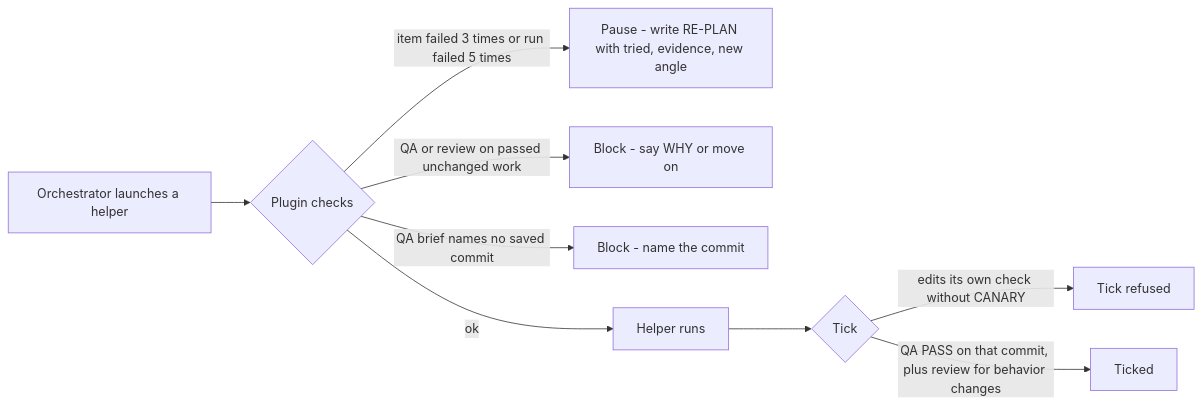
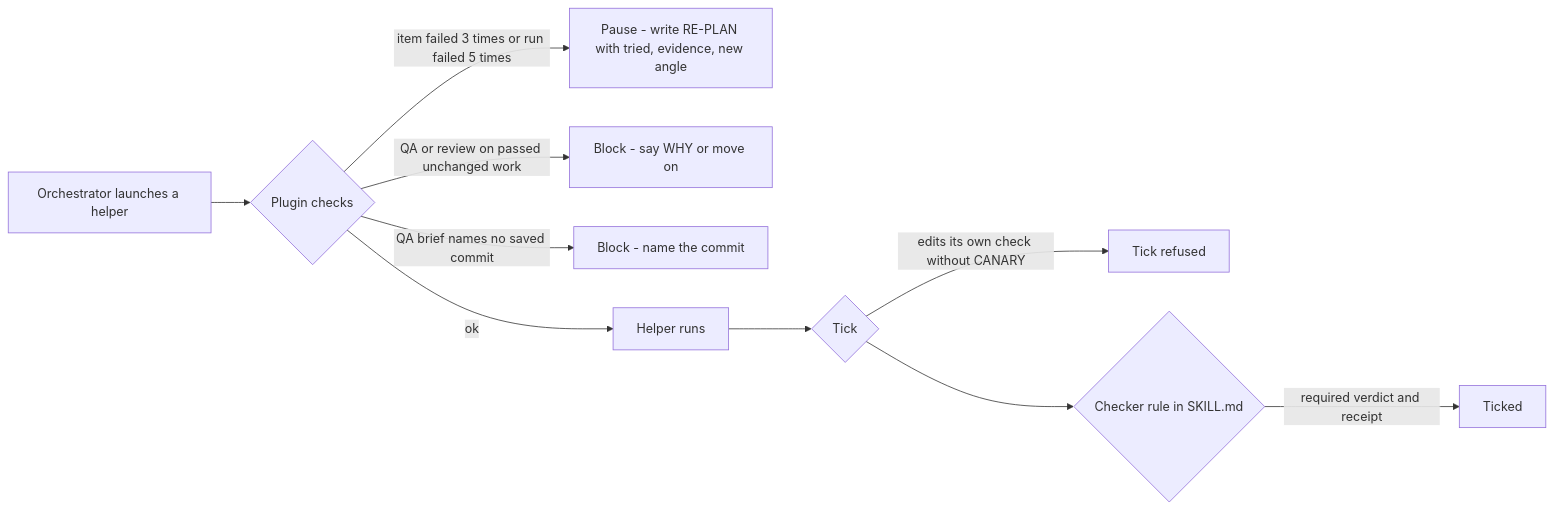
Before and after one commit to iamhenry/ai-project-starter-kit: the first of 4 diagrams in .opencode/plugins/hivecall/README.md, drawn with Mermaid. The commit also changed other lines of this file and 3 other files, not shown here.

````diff
--- a/.opencode/plugins/hivecall/README.md
+++ b/.opencode/plugins/hivecall/README.md
@@ -33,11 +33,12 @@
 ```mermaid
 flowchart LR
   O[Orchestrator launches a helper] --> G{Plugin checks}
   G -->|item failed 3 times or run failed 5 times| RP[Pause - write RE-PLAN with tried, evidence, new angle]
   G -->|QA or review on passed unchanged work| NR[Block - say WHY or move on]
   G -->|QA brief names no saved commit| QC[Block - name the commit]
   G -->|ok| H[Helper runs]
   H --> T{Tick}
   T -->|edits its own check without CANARY| X[Tick refused]
-  T -->|QA PASS on that commit, plus review for behavior changes| OK[Ticked]
+  T --> C{Checker rule in SKILL.md}
+  C -->|required verdict and receipt| OK[Ticked]
 ```
````
